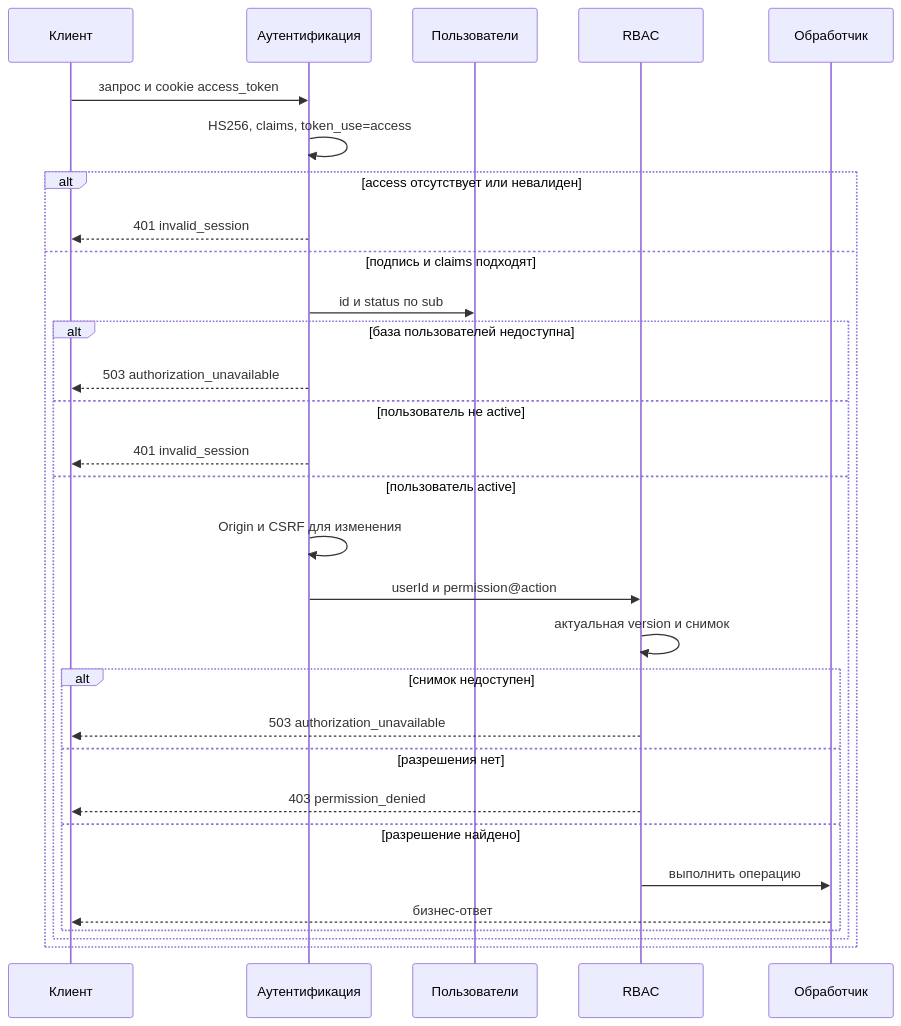
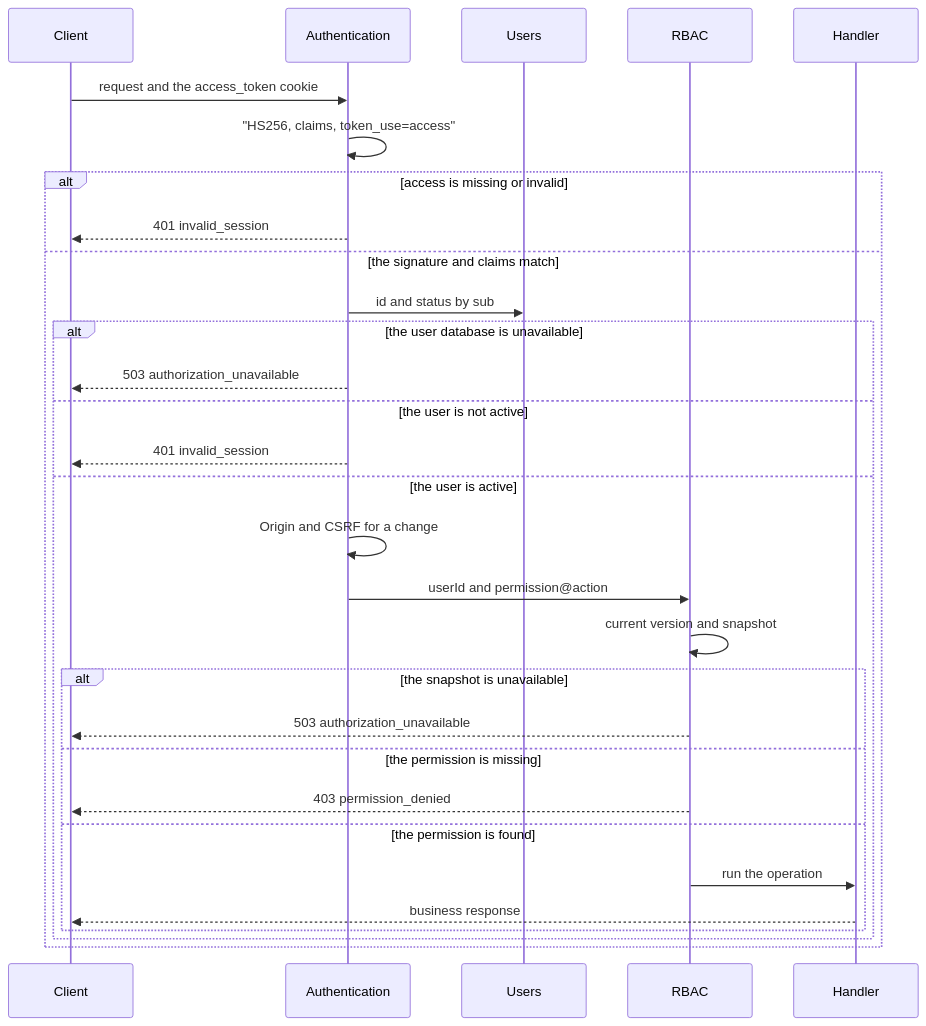
Before and after one commit to pavel-skripko-innowise/inno-fe-be-a1: the first of 3 diagrams in courses-content/backend/A/1/en/2.1.2 Авторизация.md, drawn with Mermaid. The commit also changed other lines of this file and 35 other files, not shown here.

````diff
--- a/courses-content/backend/A/1/en/2.1.2 Авторизация.md
+++ b/courses-content/backend/A/1/en/2.1.2 Авторизация.md
@@ -33,32 +33,32 @@
 ```mermaid
 sequenceDiagram
-  participant C as Клиент
-  participant A as Аутентификация
-  participant U as Пользователи
+  participant C as Client
+  participant A as Authentication
+  participant U as Users
   participant R as RBAC
-  participant H as Обработчик
-  C->>A: запрос и cookie access_token
-  A->>A: HS256, claims, token_use=access
-  alt access отсутствует или невалиден
+  participant H as Handler
+  C->>A: request and the access_token cookie
+  A->>A: "HS256, claims, token_use=access"
+  alt access is missing or invalid
     A-->>C: 401 invalid_session
-  else подпись и claims подходят
-    A->>U: id и status по sub
-    alt база пользователей недоступна
+  else the signature and claims match
+    A->>U: id and status by sub
+    alt the user database is unavailable
       A-->>C: 503 authorization_unavailable
-    else пользователь не active
+    else the user is not active
       A-->>C: 401 invalid_session
-    else пользователь active
-      A->>A: Origin и CSRF для изменения
-      A->>R: userId и permission@action
-      R->>R: актуальная version и снимок
-      alt снимок недоступен
+    else the user is active
+      A->>A: Origin and CSRF for a change
+      A->>R: userId and permission@action
+      R->>R: current version and snapshot
+      alt the snapshot is unavailable
         R-->>C: 503 authorization_unavailable
-      else разрешения нет
+      else the permission is missing
         R-->>C: 403 permission_denied
-      else разрешение найдено
-        R->>H: выполнить операцию
-        H-->>C: бизнес-ответ
+      else the permission is found
+        R->>H: run the operation
+        H-->>C: business response
       end
     end
   end
 ```
````
